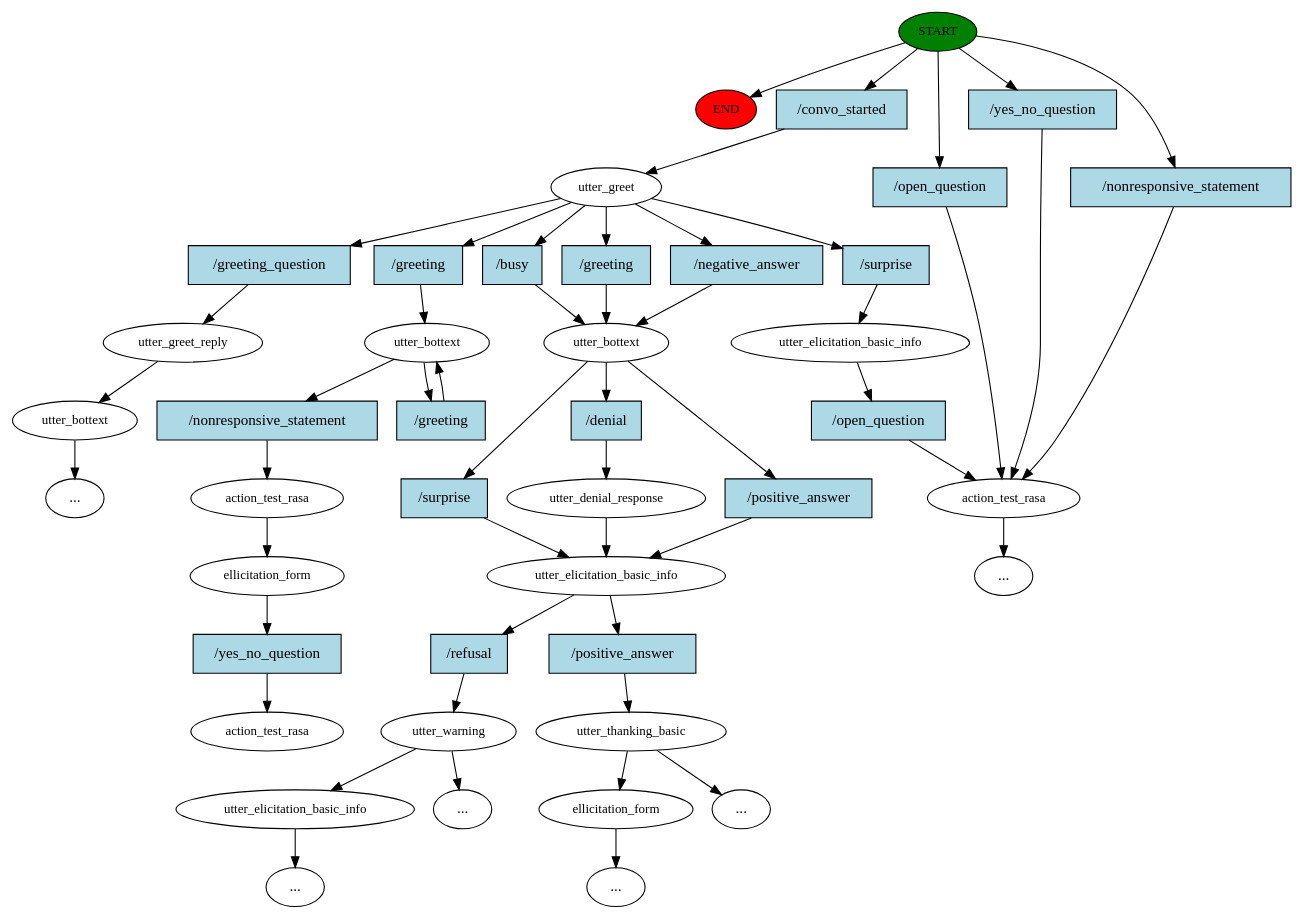
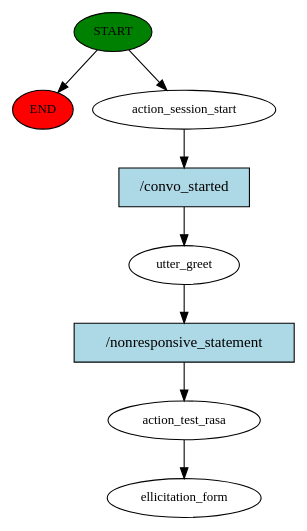
One commit to lbodapat/rasa_is changed the diagram in story_graph.dot. Above: the diagram before and after it, drawn with Graphviz. The commit also changed 132 other files, not shown here.

```diff
--- a/story_graph.dot
+++ b/story_graph.dot
@@ -1,95 +1,17 @@
 digraph  {
 0 [class="start active", fillcolor=green, fontsize=12, label=START, style=filled];
 "-1" [class=end, fillcolor=red, fontsize=12, label=END, style=filled];
-1 [class=active, fontsize=12, label=utter_greet];
-2 [class="", fontsize=12, label=utter_bottext];
-3 [class="", fontsize=12, label=utter_elicitation_basic_info];
-4 [class="", fontsize=12, label=utter_thanking_basic];
-5 [class="", fontsize=12, label=ellicitation_form];
-44 [class="", fontsize=12, label=utter_warning];
-45 [class="", fontsize=12, label=utter_elicitation_basic_info];
-112 [class="", fontsize=12, label=utter_greet_reply];
-113 [class="", fontsize=12, label=utter_bottext];
-296 [class="", fontsize=12, label=utter_denial_response];
-359 [class="", fontsize=12, label=action_test_rasa];
-"-97" [class=ellipsis, label="..."];
-"-99" [class=ellipsis, label="..."];
-"-105" [class=ellipsis, label="..."];
-"-110" [class=ellipsis, label="..."];
-"-112" [class=ellipsis, label="..."];
-454 [class="", fontsize=12, label=utter_elicitation_basic_info];
-"-113" [class=ellipsis, label="..."];
-457 [class=active, fontsize=12, label=utter_bottext];
-462 [class=active, fontsize=12, label=action_test_rasa];
-463 [class=active, fontsize=12, label=ellicitation_form];
-464 [class="dashed active", fontsize=12, label=action_test_rasa];
-465 [class="intent active", fillcolor=lightblue, label="/convo_started", shape=rect, style=filled];
-466 [class=intent, fillcolor=lightblue, label="/nonresponsive_statement", shape=rect, style=filled];
-467 [class=intent, fillcolor=lightblue, label="/open_question", shape=rect, style=filled];
-468 [class=intent, fillcolor=lightblue, label="/yes_no_question", shape=rect, style=filled];
-469 [class=intent, fillcolor=lightblue, label="/greeting", shape=rect, style=filled];
-470 [class=intent, fillcolor=lightblue, label="/negative_answer", shape=rect, style=filled];
-471 [class=intent, fillcolor=lightblue, label="/busy", shape=rect, style=filled];
-472 [class=intent, fillcolor=lightblue, label="/greeting_question", shape=rect, style=filled];
-473 [class=intent, fillcolor=lightblue, label="/surprise", shape=rect, style=filled];
-474 [class="intent active", fillcolor=lightblue, label="/greeting", shape=rect, style=filled];
-475 [class=intent, fillcolor=lightblue, label="/positive_answer", shape=rect, style=filled];
-476 [class=intent, fillcolor=lightblue, label="/surprise", shape=rect, style=filled];
-477 [class=intent, fillcolor=lightblue, label="/denial", shape=rect, style=filled];
-478 [class=intent, fillcolor=lightblue, label="/positive_answer", shape=rect, style=filled];
-479 [class=intent, fillcolor=lightblue, label="/refusal", shape=rect, style=filled];
-480 [class=intent, fillcolor=lightblue, label="/open_question", shape=rect, style=filled];
-481 [class="intent active", fillcolor=lightblue, label="/greeting", shape=rect, style=filled];
-482 [class="intent active", fillcolor=lightblue, label="/nonresponsive_statement", shape=rect, style=filled];
-483 [class="intent active", fillcolor=lightblue, label="/yes_no_question", shape=rect, style=filled];
+1 [class=active, fontsize=12, label=action_session_start];
+2 [class=active, fontsize=12, label=utter_greet];
+3 [class=active, fontsize=12, label=action_test_rasa];
+4 [class="dashed active", fontsize=12, label=ellicitation_form];
+5 [class="intent active", fillcolor=lightblue, label="/convo_started", shape=rect, style=filled];
+6 [class="intent active", fillcolor=lightblue, label="/nonresponsive_statement", shape=rect, style=filled];
 0 -> "-1"  [class="", key=NONE, label=""];
-0 -> 465  [class=active, key=0];
-0 -> 466  [class="", key=0];
-0 -> 467  [class="", key=0];
-0 -> 468  [class="", key=0];
-1 -> 469  [class="", key=0];
-1 -> 470  [class="", key=0];
-1 -> 471  [class="", key=0];
-1 -> 472  [class="", key=0];
-1 -> 473  [class="", key=0];
-1 -> 474  [class=active, key=0];
-2 -> 475  [class="", key=0];
-2 -> 476  [class="", key=0];
-2 -> 477  [class="", key=0];
-3 -> 478  [class="", key=0];
-3 -> 479  [class="", key=0];
-4 -> 5  [class="", key=NONE, label=""];
-4 -> "-99"  [class="", key=NONE, label=""];
-5 -> "-110"  [class="", key=NONE, label=""];
-44 -> 45  [class="", key=NONE, label=""];
-44 -> "-105"  [class="", key=NONE, label=""];
-45 -> "-97"  [class="", key=NONE, label=""];
-112 -> 113  [class="", key=NONE, label=""];
-113 -> "-112"  [class="", key=NONE, label=""];
-296 -> 3  [class="", key=NONE, label=""];
-359 -> "-113"  [class="", key=NONE, label=""];
-454 -> 480  [class="", key=0];
-457 -> 481  [class=active, key=0];
-457 -> 482  [class=active, key=0];
-462 -> 463  [class=active, key=NONE, label=""];
-463 -> 483  [class=active, key=0];
-465 -> 1  [class=active, key=0];
-466 -> 359  [class="", key=0];
-467 -> 359  [class="", key=0];
-468 -> 359  [class="", key=0];
-469 -> 2  [class="", key=0];
-470 -> 2  [class="", key=0];
-471 -> 2  [class="", key=0];
-472 -> 112  [class="", key=0];
-473 -> 454  [class="", key=0];
-474 -> 457  [class=active, key=0];
-475 -> 3  [class="", key=0];
-476 -> 3  [class="", key=0];
-477 -> 296  [class="", key=0];
-478 -> 4  [class="", key=0];
-479 -> 44  [class="", key=0];
-480 -> 359  [class="", key=0];
-481 -> 457  [class=active, key=0];
-482 -> 462  [class=active, key=0];
-483 -> 464  [class=active, key=0];
+0 -> 1  [class=active, key=NONE, label=""];
+1 -> 5  [class=active, key=0];
+2 -> 6  [class=active, key=0];
+3 -> 4  [class=active, key=NONE, label=""];
+5 -> 2  [class=active, key=0];
+6 -> 3  [class=active, key=0];
 }
```
